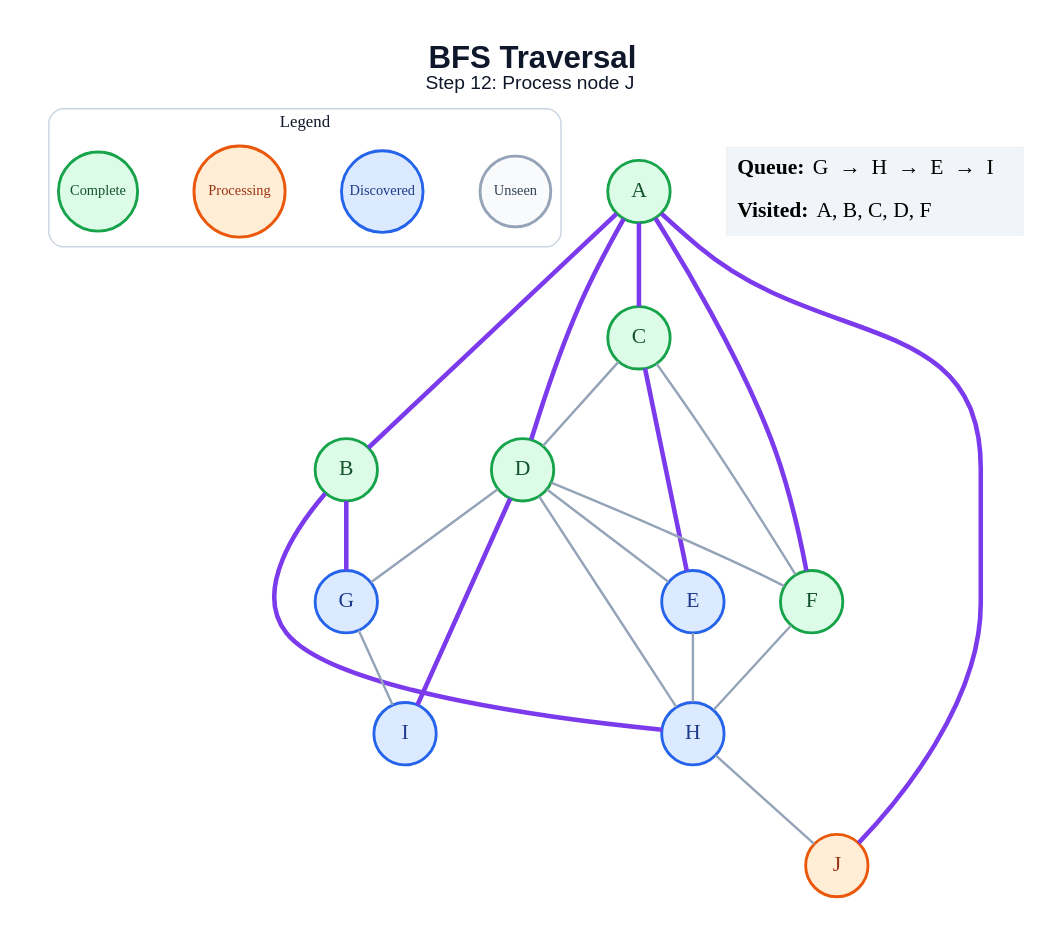
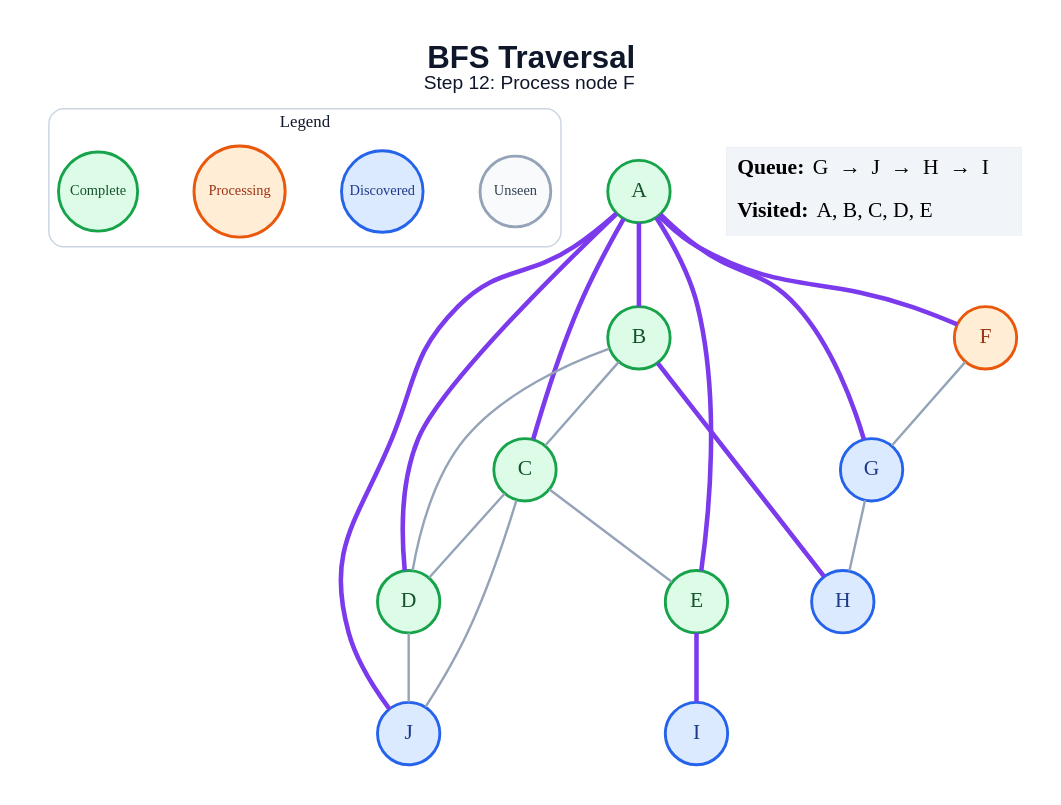
One commit to anon7238593-create/ai-slop changed the diagram in generated/bfs/step_12.dot. Above: the diagram before and after it, drawn with Graphviz. The commit also changed 178 other files, not shown here.

```diff
--- a/generated/bfs/step_12.dot
+++ b/generated/bfs/step_12.dot
@@ -1,48 +1,46 @@
 graph traversal {
   graph [layout=dot, rankdir=TB, bgcolor="#FFFFFF", pad="0.35", nodesep="0.65", ranksep="0.8", fontname="Arial"];
   node [shape=circle, style="filled", fontname="Arial Bold", fontsize=18, width=0.72, fixedsize=true, penwidth=2.4];
   edge [color="#94A3B8", penwidth=2.0];
-  label=<<B>BFS Traversal</B><BR/><FONT POINT-SIZE="16">Step 12: Process node J</FONT>>; labelloc="t"; fontsize=26; fontname="Arial"; fontcolor="#0F172A";
+  label=<<B>BFS Traversal</B><BR/><FONT POINT-SIZE="16">Step 12: Process node F</FONT>>; labelloc="t"; fontsize=26; fontname="Arial"; fontcolor="#0F172A";
   subgraph cluster_legend { label="Legend"; color="#CBD5E1"; penwidth=1.2; style="rounded"; fontsize=14; fontname="Arial Bold";
     key_unseen [label="Unseen", fillcolor="#F8FAFC", color="#94A3B8", fontcolor="#334155", fontsize=12, width=0.82];
     key_frontier [label="Discovered", fillcolor="#DBEAFE", color="#2563EB", fontcolor="#1E3A8A", fontsize=12, width=0.95];
     key_current [label="Processing", fillcolor="#FFEDD5", color="#EA580C", fontcolor="#9A3412", fontsize=12, width=1.05];
     key_done [label="Complete", fillcolor="#DCFCE7", color="#16A34A", fontcolor="#14532D", fontsize=12, width=0.92];
     { rank=same; key_unseen; key_frontier; key_current; key_done; }
   }
   A [fillcolor="#DCFCE7", color="#16A34A", fontcolor="#14532D"];
   B [fillcolor="#DCFCE7", color="#16A34A", fontcolor="#14532D"];
   C [fillcolor="#DCFCE7", color="#16A34A", fontcolor="#14532D"];
   D [fillcolor="#DCFCE7", color="#16A34A", fontcolor="#14532D"];
-  E [fillcolor="#DBEAFE", color="#2563EB", fontcolor="#1E3A8A"];
-  F [fillcolor="#DCFCE7", color="#16A34A", fontcolor="#14532D"];
+  E [fillcolor="#DCFCE7", color="#16A34A", fontcolor="#14532D"];
+  F [fillcolor="#FFEDD5", color="#EA580C", fontcolor="#9A3412"];
   G [fillcolor="#DBEAFE", color="#2563EB", fontcolor="#1E3A8A"];
   H [fillcolor="#DBEAFE", color="#2563EB", fontcolor="#1E3A8A"];
   I [fillcolor="#DBEAFE", color="#2563EB", fontcolor="#1E3A8A"];
-  J [fillcolor="#FFEDD5", color="#EA580C", fontcolor="#9A3412"];
+  J [fillcolor="#DBEAFE", color="#2563EB", fontcolor="#1E3A8A"];
   A -- B [color="#7C3AED", penwidth=3.8];
   A -- C [color="#7C3AED", penwidth=3.8];
   A -- D [color="#7C3AED", penwidth=3.8];
+  A -- E [color="#7C3AED", penwidth=3.8];
   A -- F [color="#7C3AED", penwidth=3.8];
+  A -- G [color="#7C3AED", penwidth=3.8];
   A -- J [color="#7C3AED", penwidth=3.8];
-  B -- G [color="#7C3AED", penwidth=3.8];
+  B -- C;
+  B -- D;
   B -- H [color="#7C3AED", penwidth=3.8];
   C -- D;
-  C -- E [color="#7C3AED", penwidth=3.8];
-  C -- F;
-  D -- E;
-  D -- F;
-  D -- G;
-  D -- H;
-  D -- I [color="#7C3AED", penwidth=3.8];
-  E -- H;
-  F -- H;
-  G -- I;
-  H -- J;
+  C -- E;
+  C -- J;
+  D -- J;
+  E -- I [color="#7C3AED", penwidth=3.8];
+  F -- G;
+  G -- H;
   status [shape=plain, fixedsize=false, width=0, height=0, margin=0, label=<
     <TABLE BORDER="0" CELLBORDER="0" CELLPADDING="7" BGCOLOR="#F1F5F9">
-      <TR><TD ALIGN="LEFT"><B>Queue:</B> G  →  H  →  E  →  I</TD></TR>
-      <TR><TD ALIGN="LEFT"><B>Visited:</B> A, B, C, D, F</TD></TR>
+      <TR><TD ALIGN="LEFT"><B>Queue:</B> G  →  J  →  H  →  I</TD></TR>
+      <TR><TD ALIGN="LEFT"><B>Visited:</B> A, B, C, D, E</TD></TR>
     </TABLE>
   >];
 }
```
